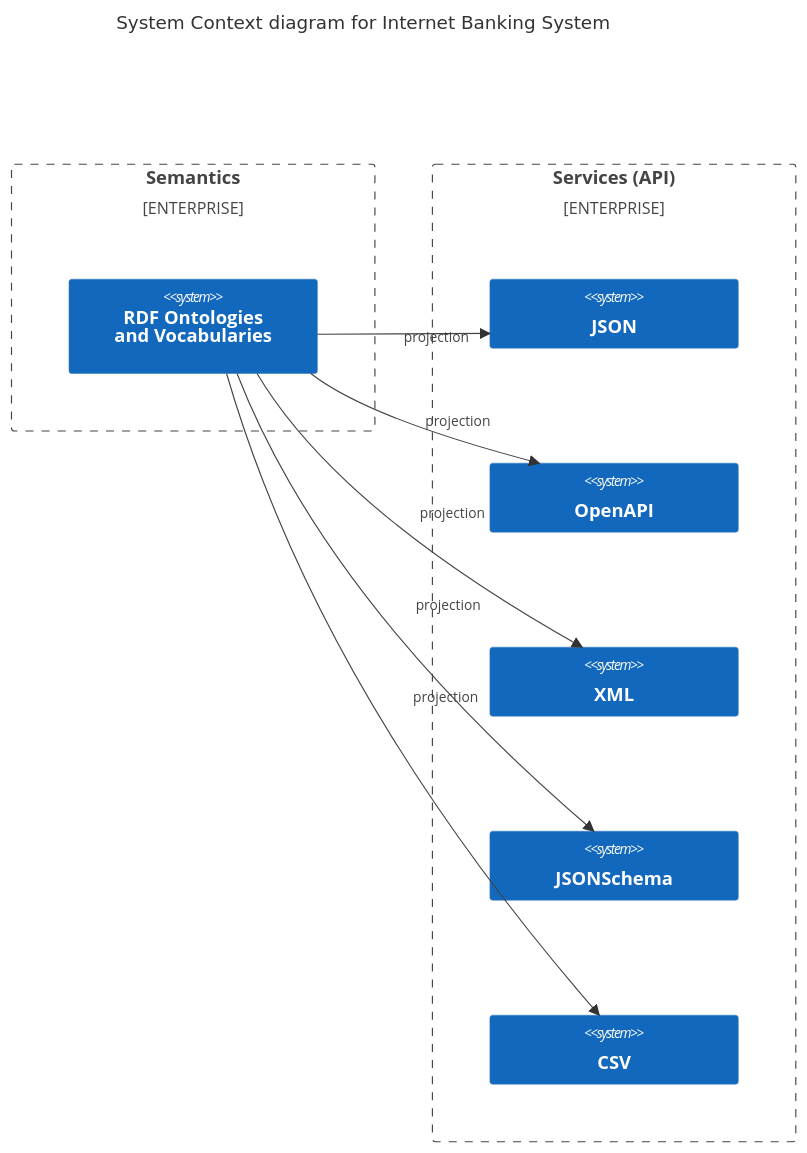
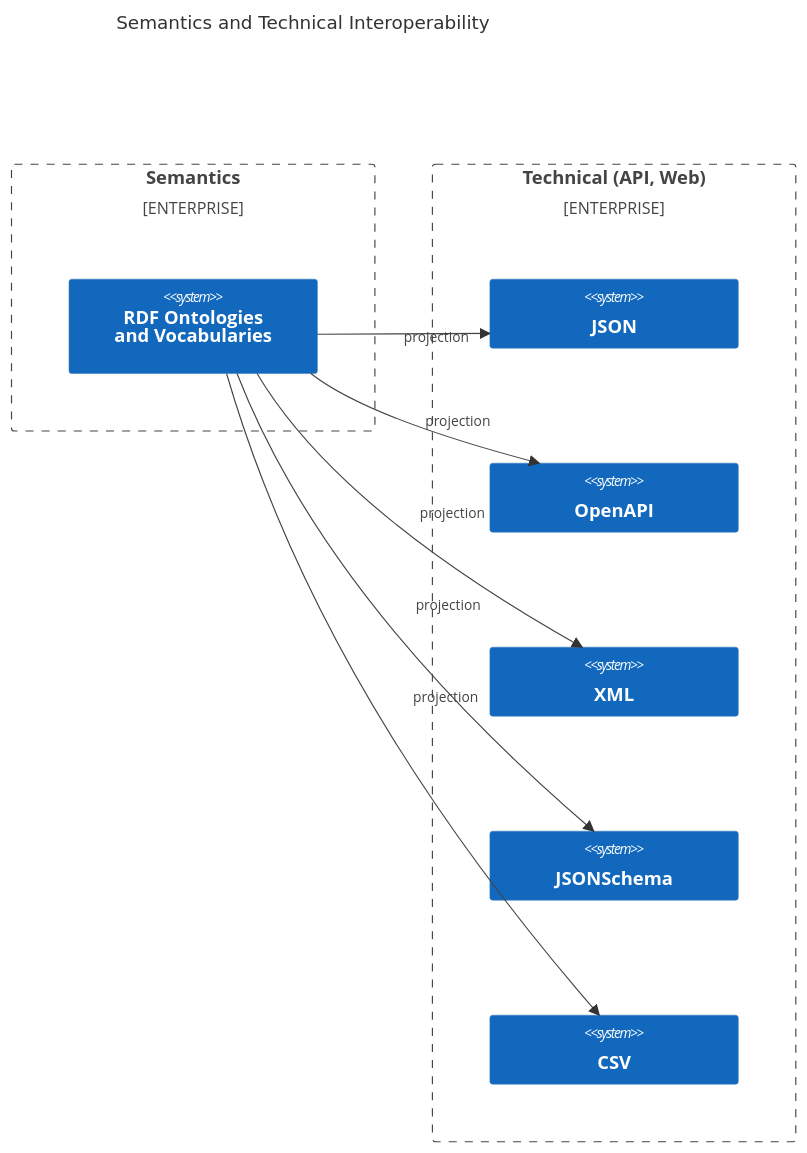
Before and after one commit to teamdigitale/dati-semantic-guida-ndc-docs: the diagram in docs/03-introduzione/index.md, drawn with Mermaid. The commit also changed other lines of this file and 1 other file, not shown here.

````diff
--- a/docs/03-introduzione/index.md
+++ b/docs/03-introduzione/index.md
@@ -88,22 +114,21 @@
 ```{mermaid}
     C4Context
-      title System Context diagram for Internet Banking System
+      title Semantics and Technical Interoperability
       Enterprise_Boundary(s0, "Semantics") {
         System(NDC, "RDF Ontologies<br>and Vocabularies")
       }
-      Enterprise_Boundary(a0, "Services (API)") {
+      Enterprise_Boundary(a0, "Technical (API, Web)") {
         System(JSON, "JSON")
         System(OAS, "OpenAPI")
         System(XML, "XML")
         System(JS, "JSONSchema")
         System(CSV, "CSV")
 
       }
       Rel(NDC, JSON, "projection")
       Rel(NDC, JS, "projection")
       Rel(NDC, XML, "projection")
       Rel(NDC, OAS, "projection")
       Rel(NDC, CSV, "projection")
 
-
 ```
````
